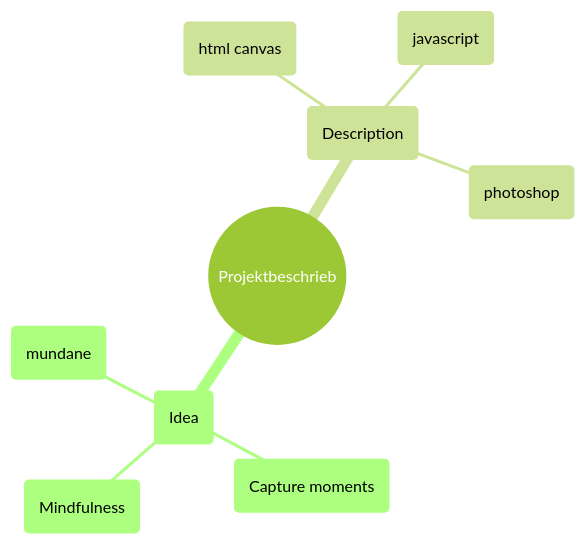
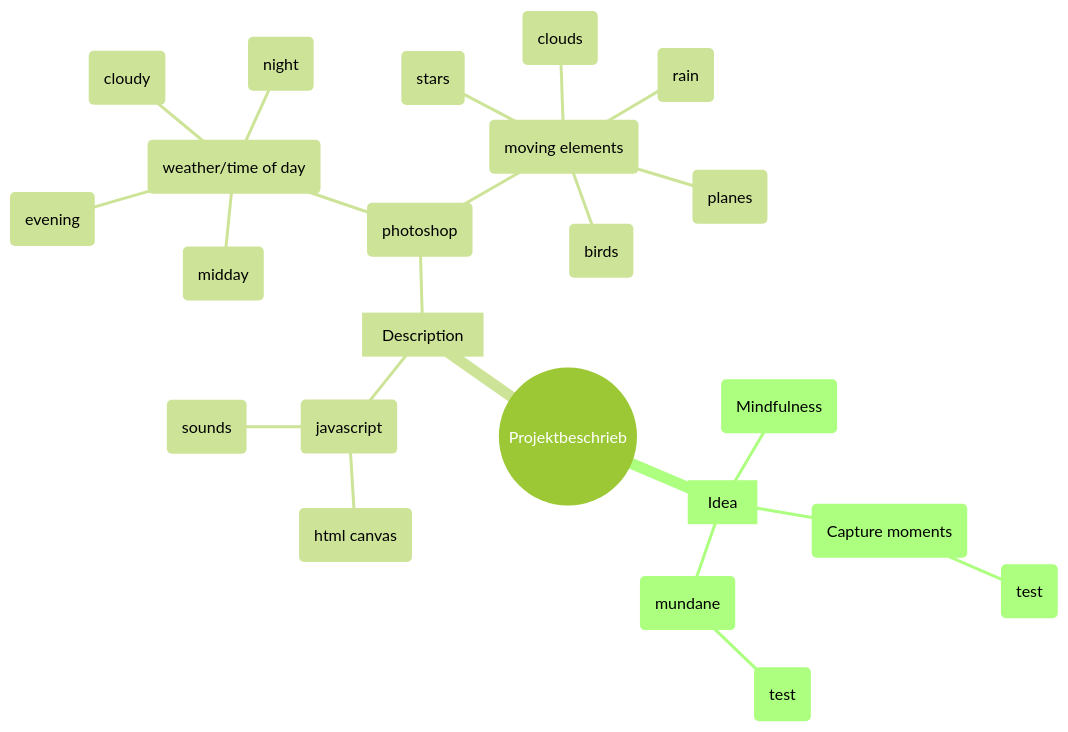
One commit to flononymus/im-Moment-enzian- changed the diagram in projektbeschrieb new.md. Above: the diagram before and after it, drawn with Mermaid (forest theme). The commit also changed 1 other file, not shown here.

Commit message:
updates readme & projektbeschrieb

````diff
--- a/projektbeschrieb new.md
+++ b/projektbeschrieb new.md
@@ -1,17 +1,40 @@
 ```mermaid
 mindmap
     ((Projektbeschrieb))
 
-        (Idea)
+        [Idea]
             (Mindfulness)
+
             (Capture moments)
+                (test)
+
             (mundane)
+                (test)
 
-        (Description)
-            (html canvas)
+
+        [Description]
             (javascript)
+                (html canvas)
+
+                (sounds)
+                
+
+
             (photoshop)
+                (weather/time of day)
+                    (cloudy)
+                    (midday)
+                    (evening)
+                    (night)
+
+                (moving elements)
+                    (stars)
+                    (birds)
+                    (planes)
+                    (clouds)
+                    (rain)
+
 
 
 
 ```
````
